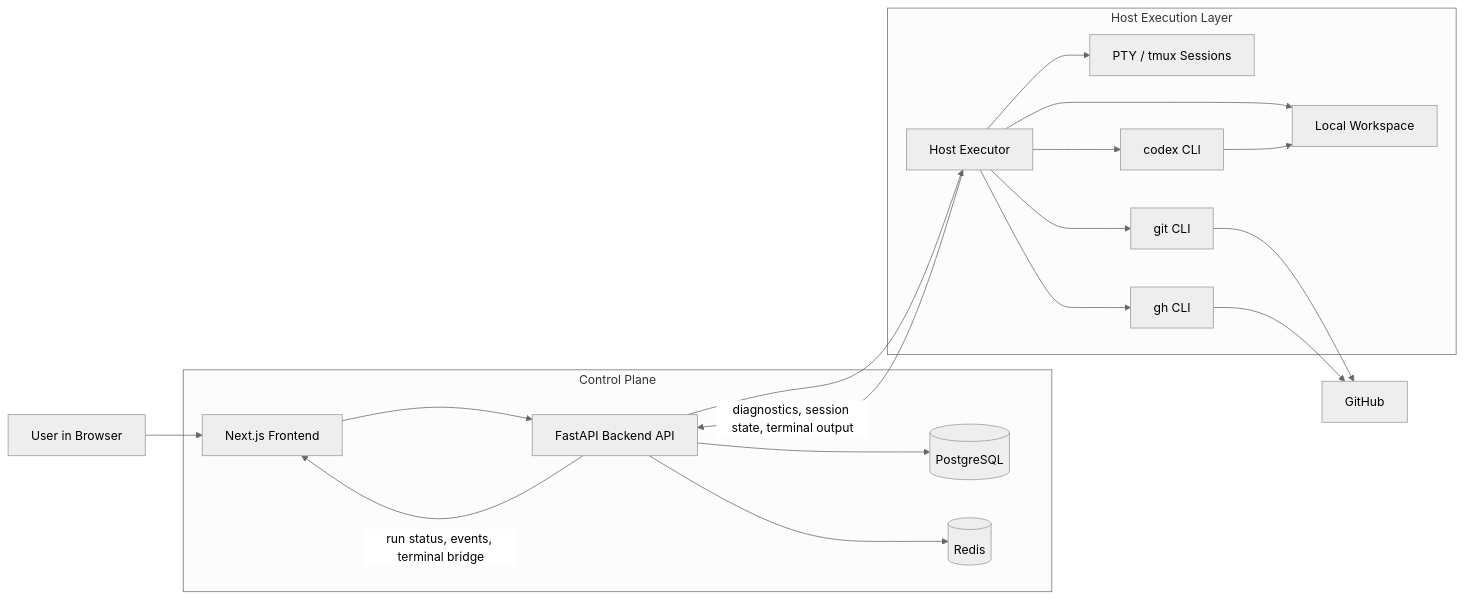
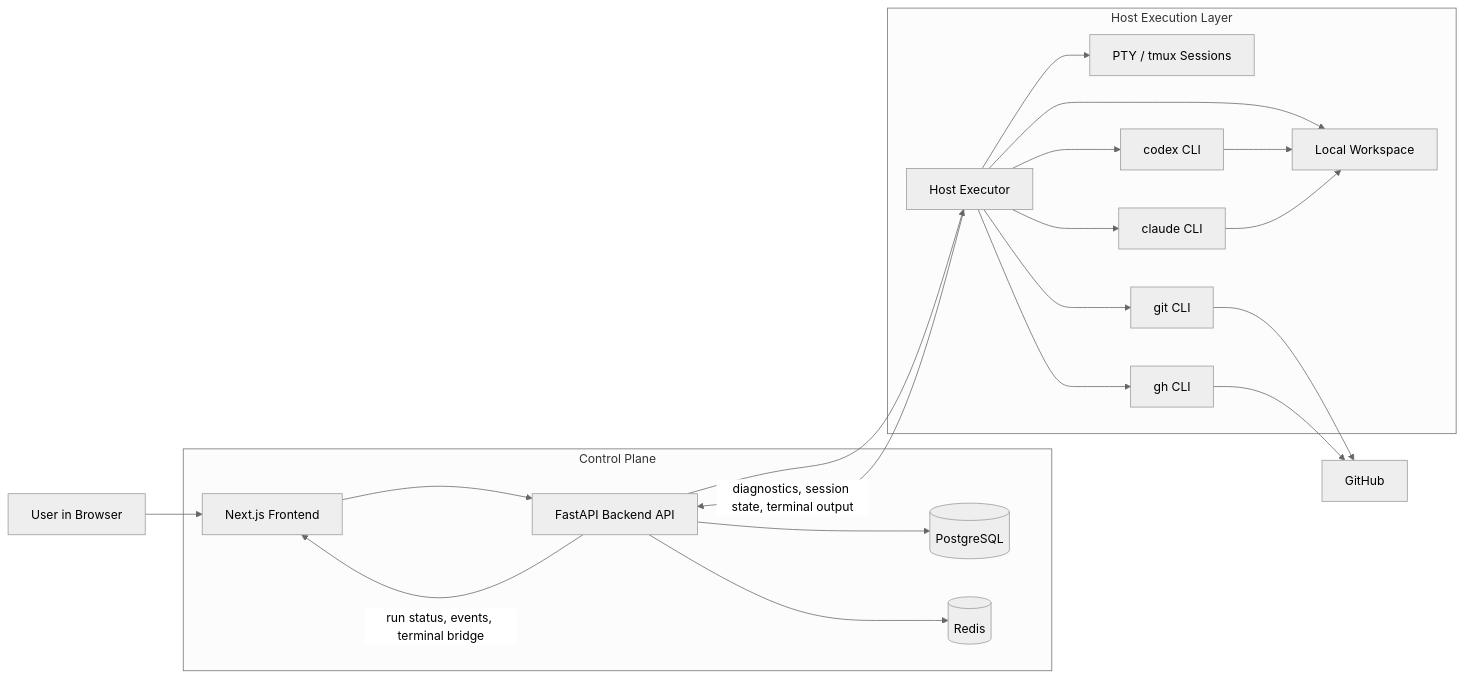
One commit to stemirkhan/team-agent-platform changed the first of 2 diagrams in docs/architecture-overview.md. Above: the diagram before and after it, drawn with Mermaid (neutral theme). The commit also changed other lines of this file and 12 other files, not shown here.

````diff
--- a/docs/architecture-overview.md
+++ b/docs/architecture-overview.md
@@ -5,41 +7,44 @@
 ```mermaid
 flowchart LR
     U[User in Browser]
 
     subgraph CP[Control Plane]
         W[Next.js Frontend]
         B[FastAPI Backend API]
         DB[(PostgreSQL)]
         R[(Redis)]
     end
 
     subgraph HE[Host Execution Layer]
         HX[Host Executor]
         PTY[PTY / tmux Sessions]
         GT[git CLI]
         GH[gh CLI]
         CX[codex CLI]
+        CL[claude CLI]
         WS[Local Workspace]
     end
 
     GHUB[GitHub]
 
     U --> W
     W --> B
     B --> DB
     B --> R
     B --> HX
 
     HX --> PTY
     HX --> GT
     HX --> GH
     HX --> CX
+    HX --> CL
     HX --> WS
 
     GT --> GHUB
     GH --> GHUB
     CX --> WS
+    CL --> WS
 
     B -->|run status, events, terminal bridge| W
     HX -->|diagnostics, session state, terminal output| B
 ```
````
